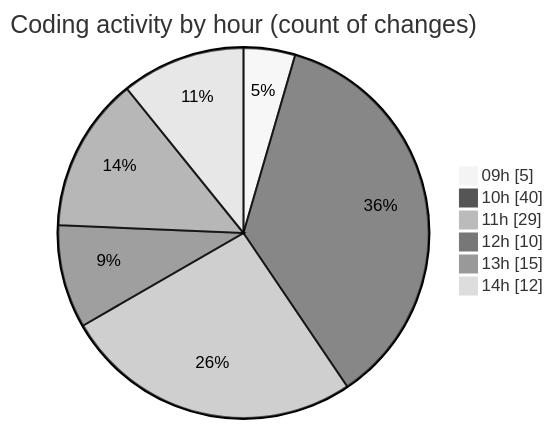
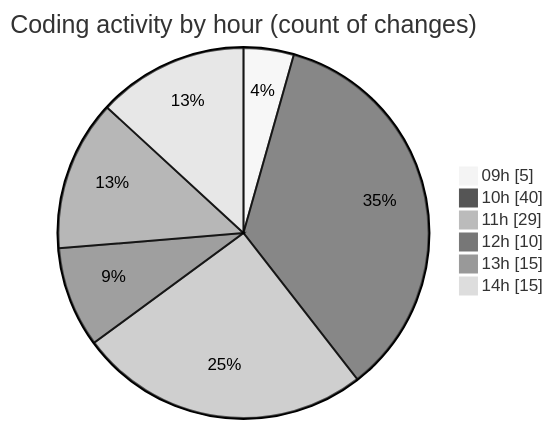
The second of 2 diagrams in 2025-06-02/ecodeli-1/README.md (CELIANVF/code-tracking), drawn with Mermaid (neutral theme) before and after one commit. The commit also changed other lines of this file and 1 other file, not shown here.

````diff
--- a/2025-06-02/ecodeli-1/README.md
+++ b/2025-06-02/ecodeli-1/README.md
@@ -82,10 +83,10 @@
 ```mermaid
 pie showData
 title Coding activity by hour (count of changes)
 "09h" : 5
 "10h" : 40
 "11h" : 29
 "12h" : 10
 "13h" : 15
-"14h" : 12
+"14h" : 15
 ```
````
